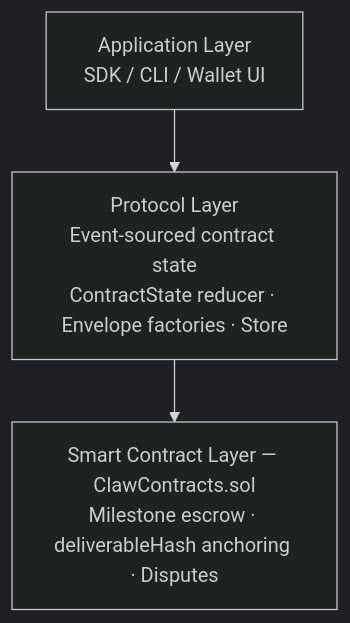
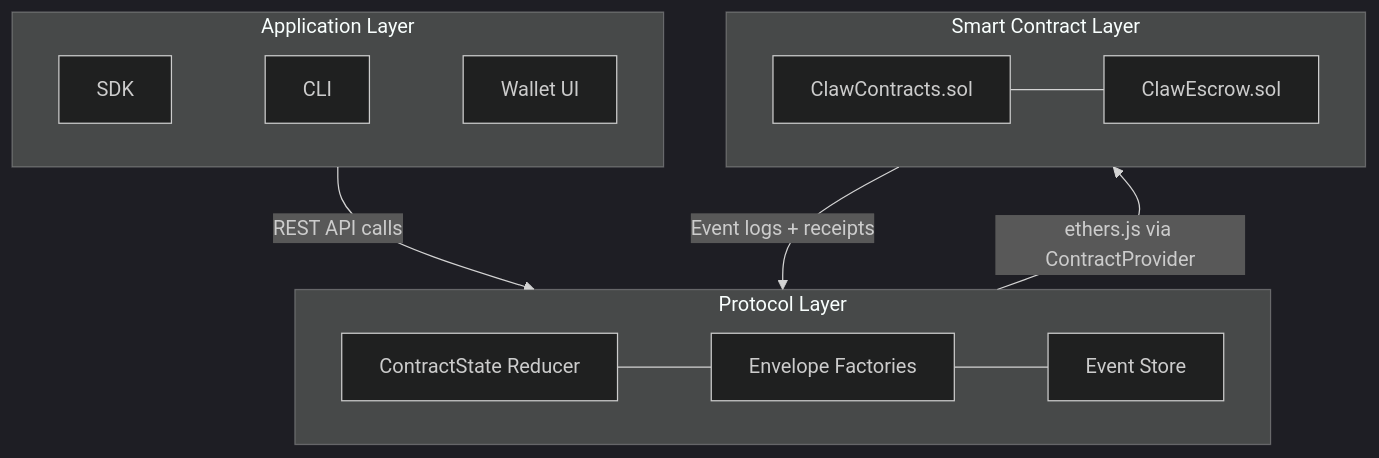
The first of 3 diagrams in packages/docs/content/docs/protocol/contracts.md (claw-network/clawnet), drawn with Mermaid (dark theme) before and after one commit. The commit also changed 1 other file, not shown here.

Commit message:
docs: improve contracts architecture diagram with subgraphs and data flow

````diff
--- a/packages/docs/content/docs/protocol/contracts.md
+++ b/packages/docs/content/docs/protocol/contracts.md
@@ -12,7 +12,20 @@
 ```mermaid
 flowchart TB
-    app["Application Layer<br/>SDK / CLI / Wallet UI"]
-    protocol["Protocol Layer<br/>Event-sourced contract state<br/>ContractState reducer · Envelope factories · Store"]
-    chain["Smart Contract Layer — ClawContracts.sol<br/>Milestone escrow · deliverableHash anchoring · Disputes"]
-    app --> protocol --> chain
+    subgraph app["Application Layer"]
+        sdk[SDK] ~~~ cli[CLI] ~~~ wallet[Wallet UI]
+    end
+    subgraph protocol["Protocol Layer"]
+        reducer[ContractState Reducer]
+        envelope[Envelope Factories]
+        store[Event Store]
+        reducer --- envelope --- store
+    end
+    subgraph chain["Smart Contract Layer"]
+        sc[ClawContracts.sol]
+        escrow[ClawEscrow.sol]
+        sc --- escrow
+    end
+    app -- "REST API calls" --> protocol
+    protocol -- "ethers.js via ContractProvider" --> chain
+    chain -- "Event logs + receipts" --> protocol
 ```
````
